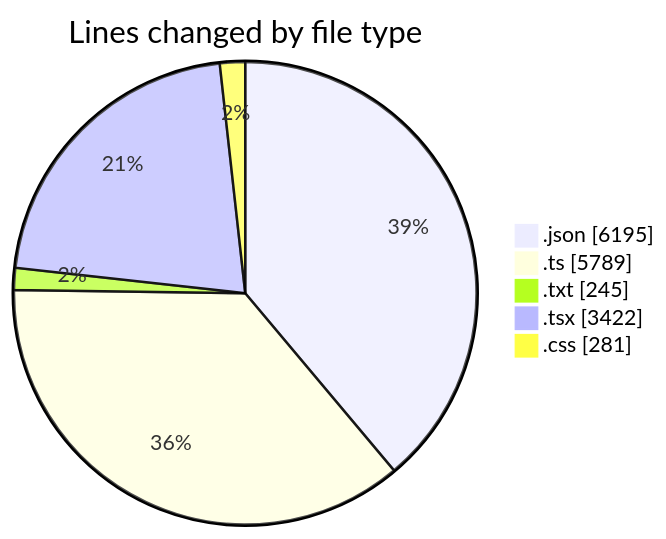
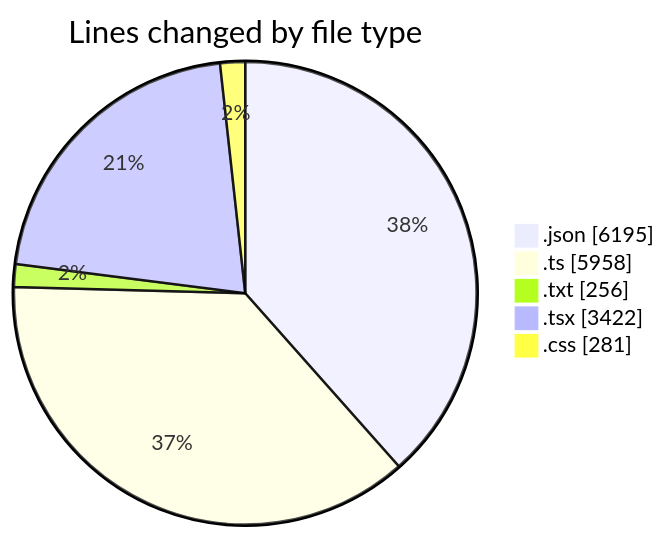
The first of 2 diagrams in 2025-05-27/ecodeli-1/README.md (CELIANVF/code-tracking), drawn with Mermaid before and after one commit. The commit also changed other lines of this file and 1 other file, not shown here.

````diff
--- a/2025-05-27/ecodeli-1/README.md
+++ b/2025-05-27/ecodeli-1/README.md
@@ -41,9 +42,9 @@
 ```mermaid
 pie showData
 title Lines changed by file type
 ".json" : 6195
-".ts" : 5789
-".txt" : 245
+".ts" : 5958
+".txt" : 256
 ".tsx" : 3422
 ".css" : 281
 ```
````
